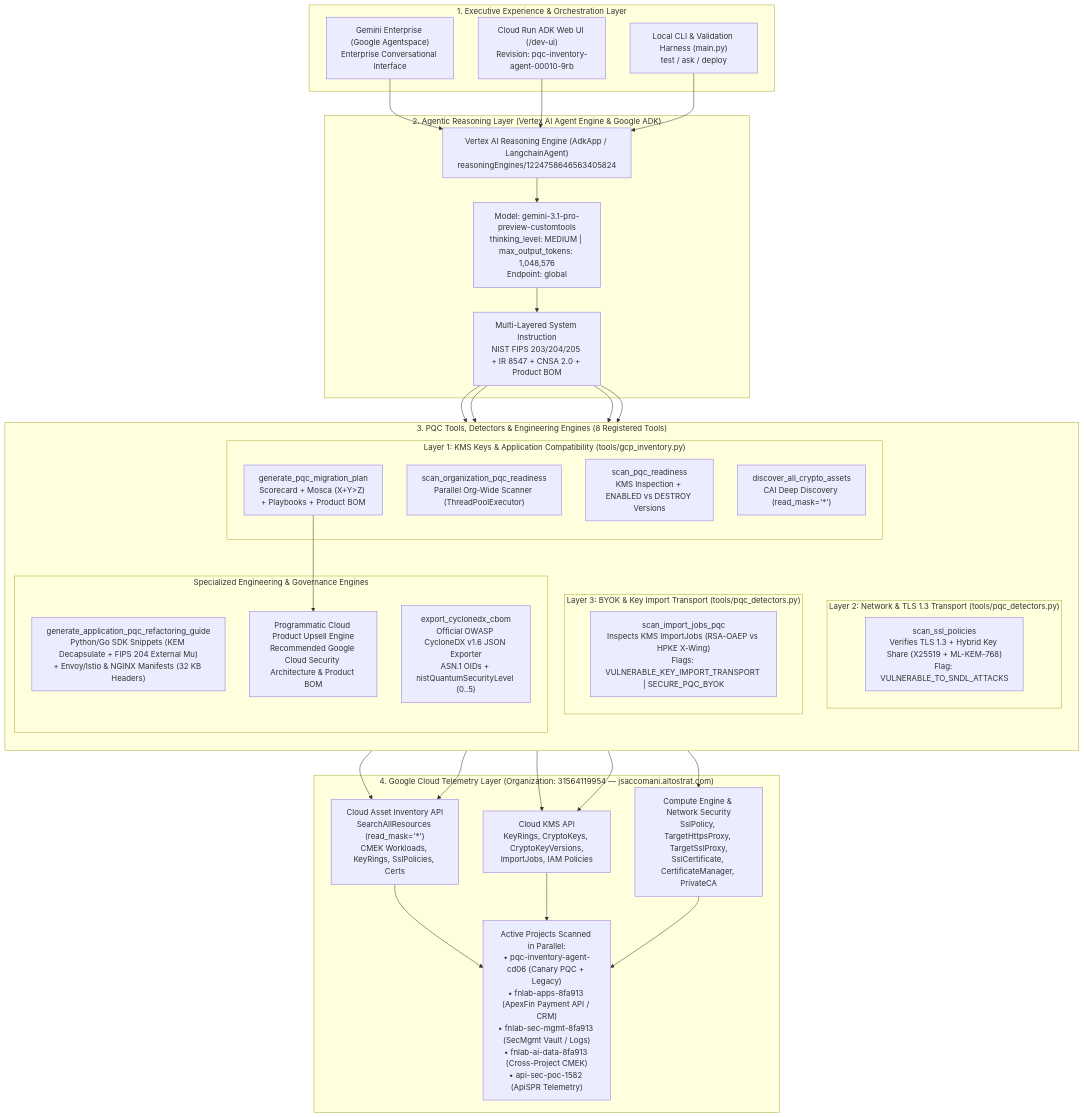
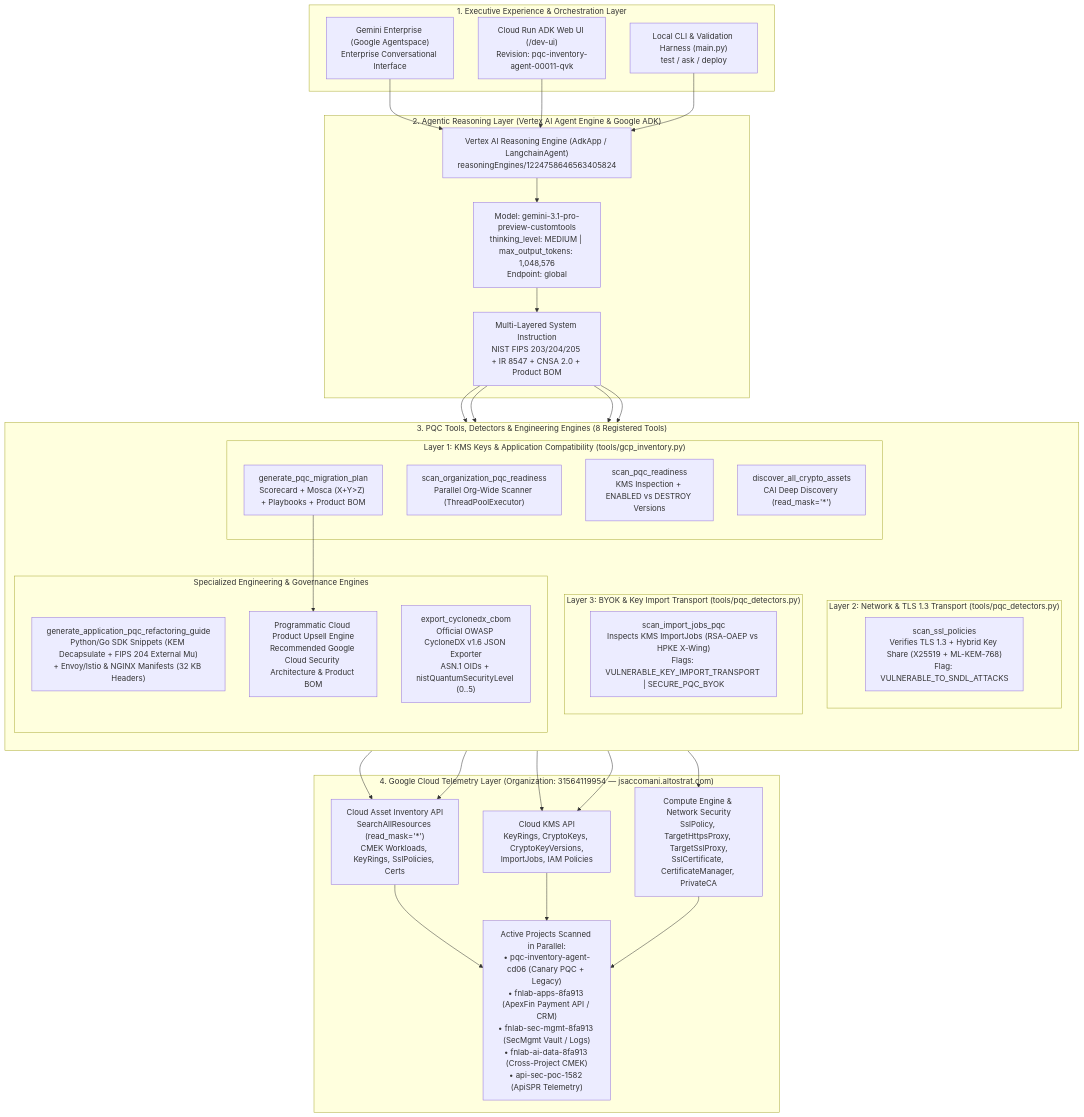
Before and after one commit to g-jsaccomani/pqc_inventory_agent: the first of 4 diagrams in README.md, drawn with Mermaid. The commit also changed other lines of this file, not shown here.

Commit message:
docs(readme): update active Cloud Run revision to pqc-inventory-agent-00011-qvk

````diff
--- a/README.md
+++ b/README.md
@@ -35,66 +35,66 @@
 ```mermaid
 flowchart TB
     subgraph UX["1. Executive Experience & Orchestration Layer"]
         GE["Gemini Enterprise (Google Agentspace)<br/>Enterprise Conversational Interface"]
-        CR["Cloud Run ADK Web UI (/dev-ui)<br/>Revision: pqc-inventory-agent-00010-9rb"]
+        CR["Cloud Run ADK Web UI (/dev-ui)<br/>Revision: pqc-inventory-agent-00011-qvk"]
         CLI["Local CLI & Validation Harness (main.py)<br/>test / ask / deploy"]
     end
 
     subgraph BRAIN["2. Agentic Reasoning Layer (Vertex AI Agent Engine & Google ADK)"]
         RE["Vertex AI Reasoning Engine (AdkApp / LangchainAgent)<br/>reasoningEngines/1224758646563405824"]
         LLM["Model: gemini-3.1-pro-preview-customtools<br/>thinking_level: MEDIUM | max_output_tokens: 1,048,576<br/>Endpoint: global"]
         SYS["Multi-Layered System Instruction<br/>NIST FIPS 203/204/205 + IR 8547 + CNSA 2.0 + Product BOM"]
         RE --> LLM
         LLM --> SYS
     end
 
     subgraph TOOLS["3. PQC Tools, Detectors & Engineering Engines (8 Registered Tools)"]
         direction TB
         subgraph L1["Layer 1: KMS Keys & Application Compatibility (tools/gcp_inventory.py)"]
             T1["scan_organization_pqc_readiness<br/>Parallel Org-Wide Scanner (ThreadPoolExecutor)"]
             T2["scan_pqc_readiness<br/>KMS Inspection + ENABLED vs DESTROY Versions"]
             T3["discover_all_crypto_assets<br/>CAI Deep Discovery (read_mask='*')"]
             T4["generate_pqc_migration_plan<br/>Scorecard + Mosca (X+Y>Z) + Playbooks + Product BOM"]
         end
 
         subgraph L2["Layer 2: Network & TLS 1.3 Transport (tools/pqc_detectors.py)"]
             T5["scan_ssl_policies<br/>Verifies TLS 1.3 + Hybrid Key Share (X25519 + ML-KEM-768)<br/>Flag: VULNERABLE_TO_SNDL_ATTACKS"]
         end
 
         subgraph L3["Layer 3: BYOK & Key Import Transport (tools/pqc_detectors.py)"]
             T6["scan_import_jobs_pqc<br/>Inspects KMS ImportJobs (RSA-OAEP vs HPKE X-Wing)<br/>Flags: VULNERABLE_KEY_IMPORT_TRANSPORT | SECURE_PQC_BYOK"]
         end
 
         subgraph ENGINES["Specialized Engineering & Governance Engines"]
             T7["generate_application_pqc_refactoring_guide<br/>Python/Go SDK Snippets (KEM Decapsulate + FIPS 204 External Mu)<br/>+ Envoy/Istio & NGINX Manifests (32 KB Headers)"]
             T8["export_cyclonedx_cbom<br/>Official OWASP CycloneDX v1.6 JSON Exporter<br/>ASN.1 OIDs + nistQuantumSecurityLevel (0..5)"]
             BOM["Programmatic Cloud Product Upsell Engine<br/>Recommended Google Cloud Security Architecture & Product BOM"]
         end
     end
 
     subgraph GCP["4. Google Cloud Telemetry Layer (Organization: 31564119954 — jsaccomani.altostrat.com)"]
         CAI["Cloud Asset Inventory API<br/>SearchAllResources (read_mask='*')<br/>CMEK Workloads, KeyRings, SslPolicies, Certs"]
         KMS["Cloud KMS API<br/>KeyRings, CryptoKeys, CryptoKeyVersions,<br/>ImportJobs, IAM Policies"]
         NET["Compute Engine & Network Security<br/>SslPolicy, TargetHttpsProxy, TargetSslProxy,<br/>SslCertificate, CertificateManager, PrivateCA"]
         PROJECTS["Active Projects Scanned in Parallel:<br/>• pqc-inventory-agent-cd06 (Canary PQC + Legacy)<br/>• fnlab-apps-8fa913 (ApexFin Payment API / CRM)<br/>• fnlab-sec-mgmt-8fa913 (SecMgmt Vault / Logs)<br/>• fnlab-ai-data-8fa913 (Cross-Project CMEK)<br/>• api-sec-poc-1582 (ApiSPR Telemetry)"]
     end
 
     GE --> RE
     CR --> RE
     CLI --> RE
 
     SYS --> L1
     SYS --> L2
     SYS --> L3
     SYS --> ENGINES
     T4 --> BOM
 
     L1 --> CAI
     L1 --> KMS
     L2 --> CAI
     L2 --> NET
     L3 --> KMS
     CAI --> PROJECTS
     KMS --> PROJECTS
     NET --> PROJECTS
 ```
````
